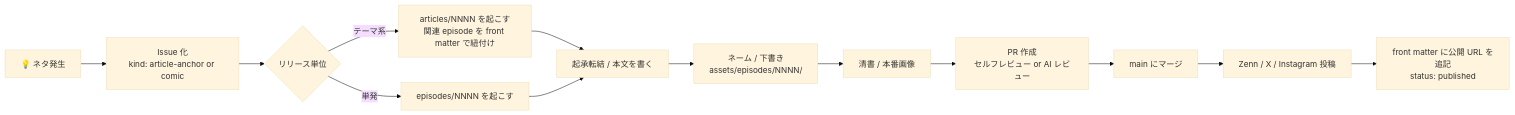
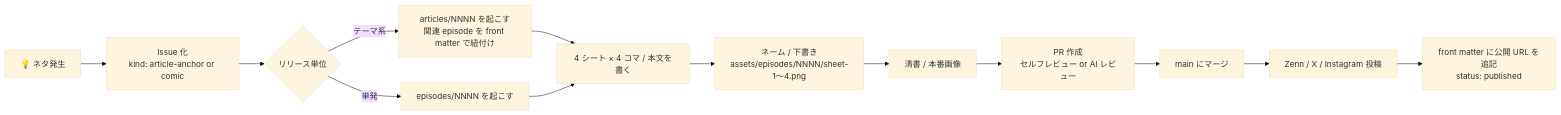
Before and after one commit to shunta-furukawa/four-panel-comics: the diagram in docs/workflow.md, drawn with Mermaid (base theme). The commit also changed other lines of this file and 19 other files, not shown here.

````diff
--- a/docs/workflow.md
+++ b/docs/workflow.md
@@ -34,15 +40,15 @@
 ```mermaid
 flowchart LR
     A[💡 ネタ発生] --> B[Issue 化<br/>kind: article-anchor or comic]
     B --> C{リリース単位}
     C -- テーマ系 --> D1[articles/NNNN を起こす<br/>関連 episode を front matter で紐付け]
     C -- 単発 --> D2[episodes/NNNN を起こす]
-    D1 --> E[起承転結 / 本文を書く]
+    D1 --> E[4 シート × 4 コマ / 本文を書く]
     D2 --> E
-    E --> F[ネーム / 下書き<br/>assets/episodes/NNNN/]
+    E --> F[ネーム / 下書き<br/>assets/episodes/NNNN/sheet-1〜4.png]
     F --> G[清書 / 本番画像]
     G --> H[PR 作成<br/>セルフレビュー or AI レビュー]
     H --> I[main にマージ]
     I --> J[Zenn / X / Instagram 投稿]
     J --> K[front matter に公開 URL を追記<br/>status: published]
 ```
````
